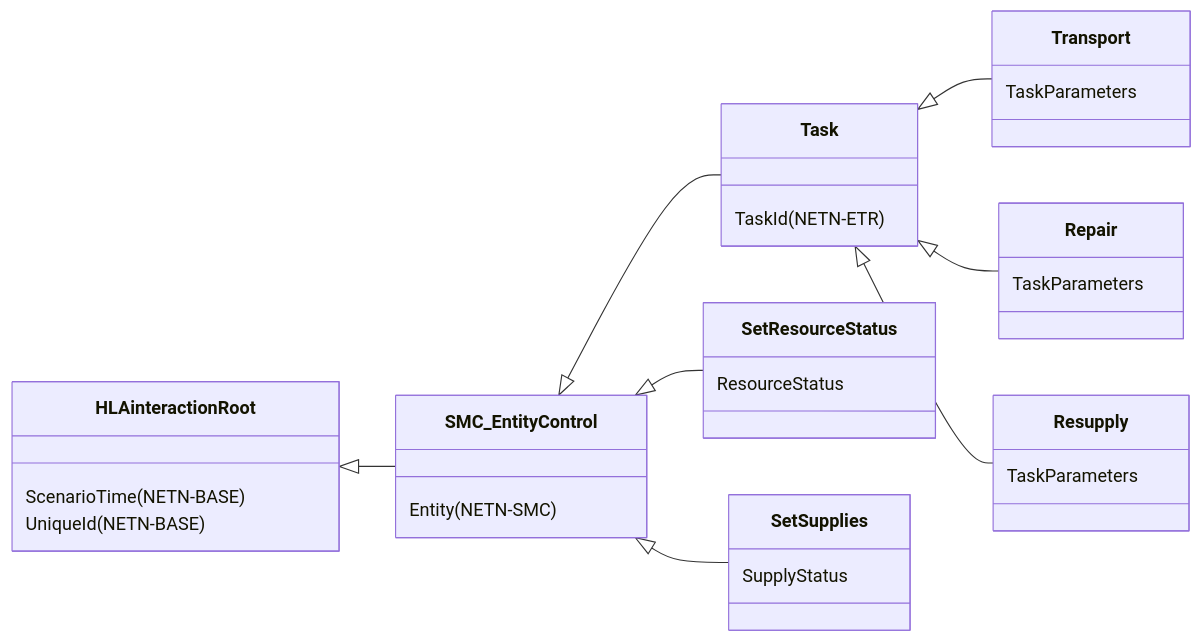
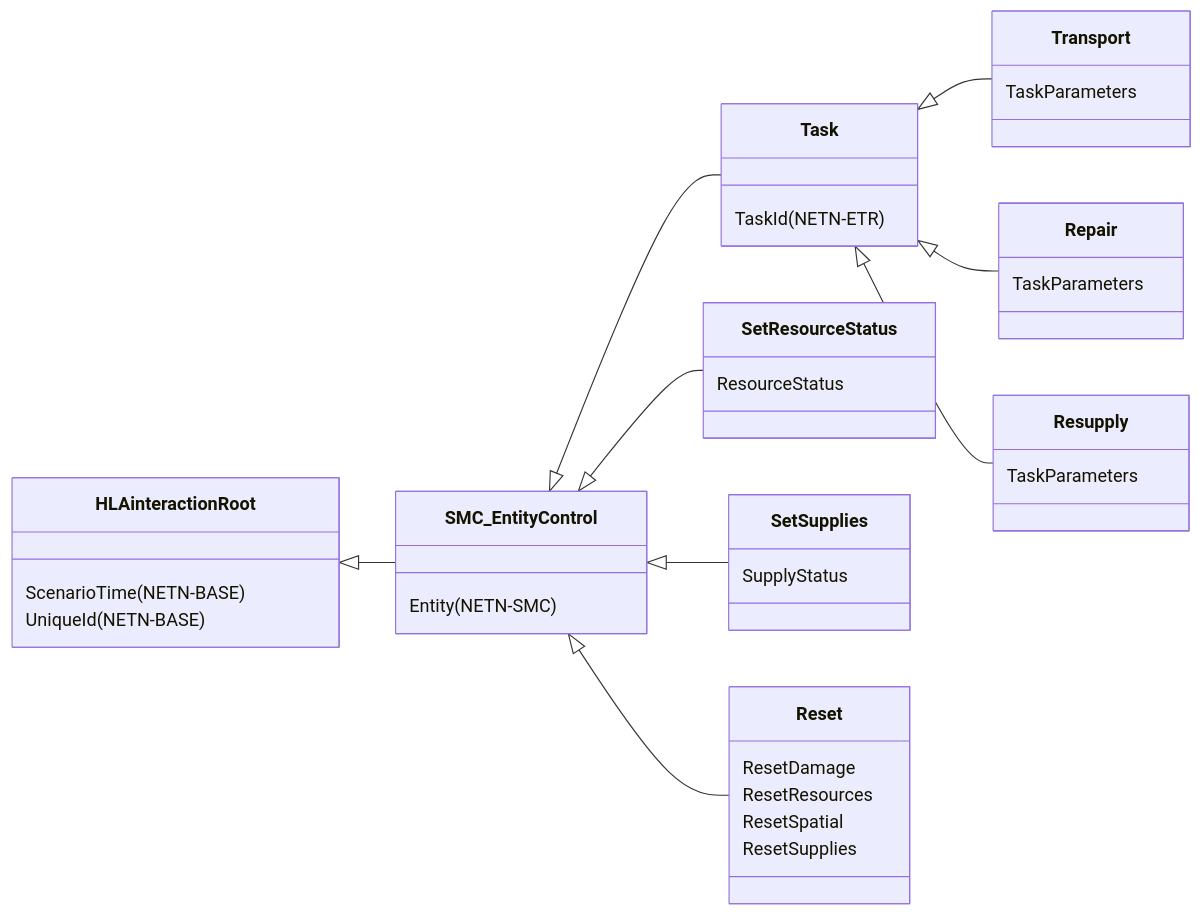
Before and after one commit to AMSP-04/NETN-LOG: the fifth of 5 diagrams in NETN-LOG.md, drawn with Mermaid. The commit also changed other lines of this file and 2 other files, not shown here.

Commit message:
Added Reset interaction.

````diff
--- a/NETN-LOG.md
+++ b/NETN-LOG.md
@@ -171,20 +172,25 @@
 ```mermaid
 classDiagram 
 direction LR
 HLAinteractionRoot <|-- SMC_EntityControl
 HLAinteractionRoot : ScenarioTime(NETN-BASE)
 HLAinteractionRoot : UniqueId(NETN-BASE)
 SMC_EntityControl <|-- Task
 SMC_EntityControl <|-- SetResourceStatus
 SMC_EntityControl <|-- SetSupplies
+SMC_EntityControl <|-- Reset
 SMC_EntityControl : Entity(NETN-SMC)
 Task <|-- Transport
 Task <|-- Repair
 Task <|-- Resupply
 Task : TaskId(NETN-ETR)
 Transport : TaskParameters
 Repair : TaskParameters
 Resupply : TaskParameters
 SetResourceStatus : ResourceStatus
 SetSupplies : SupplyStatus
+Reset : ResetDamage
+Reset : ResetResources
+Reset : ResetSpatial
+Reset : ResetSupplies
 ```
````
